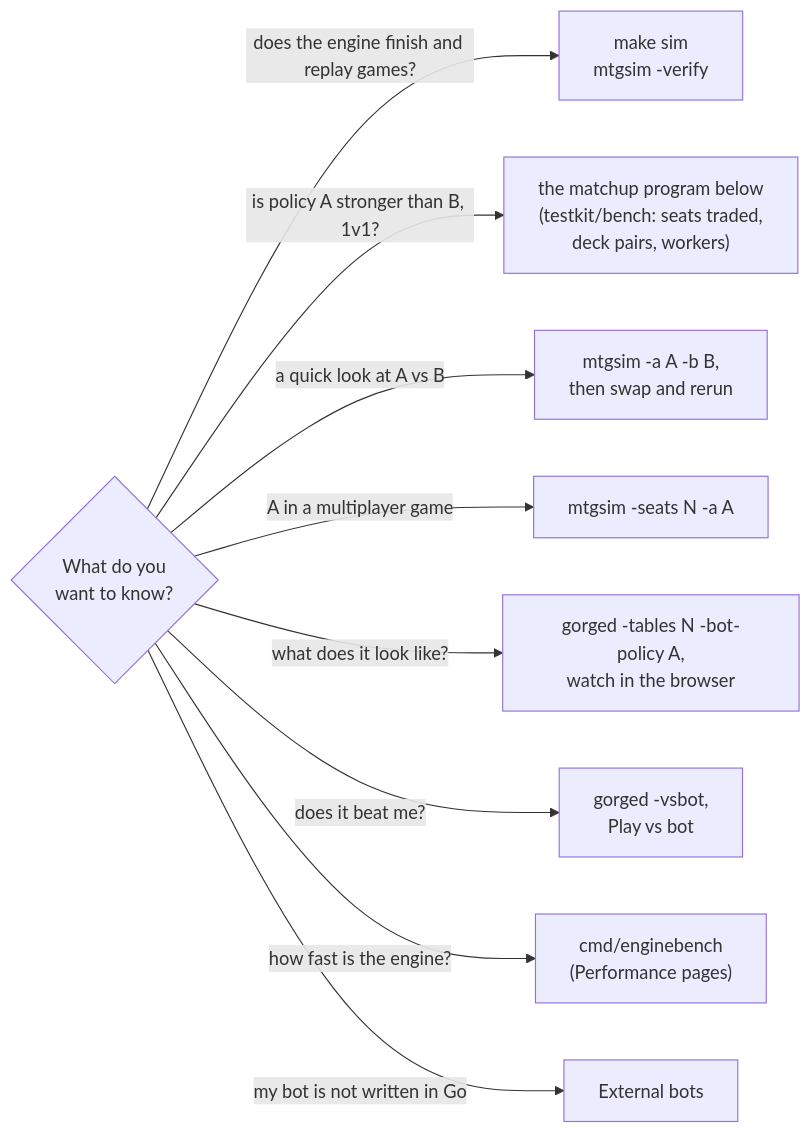
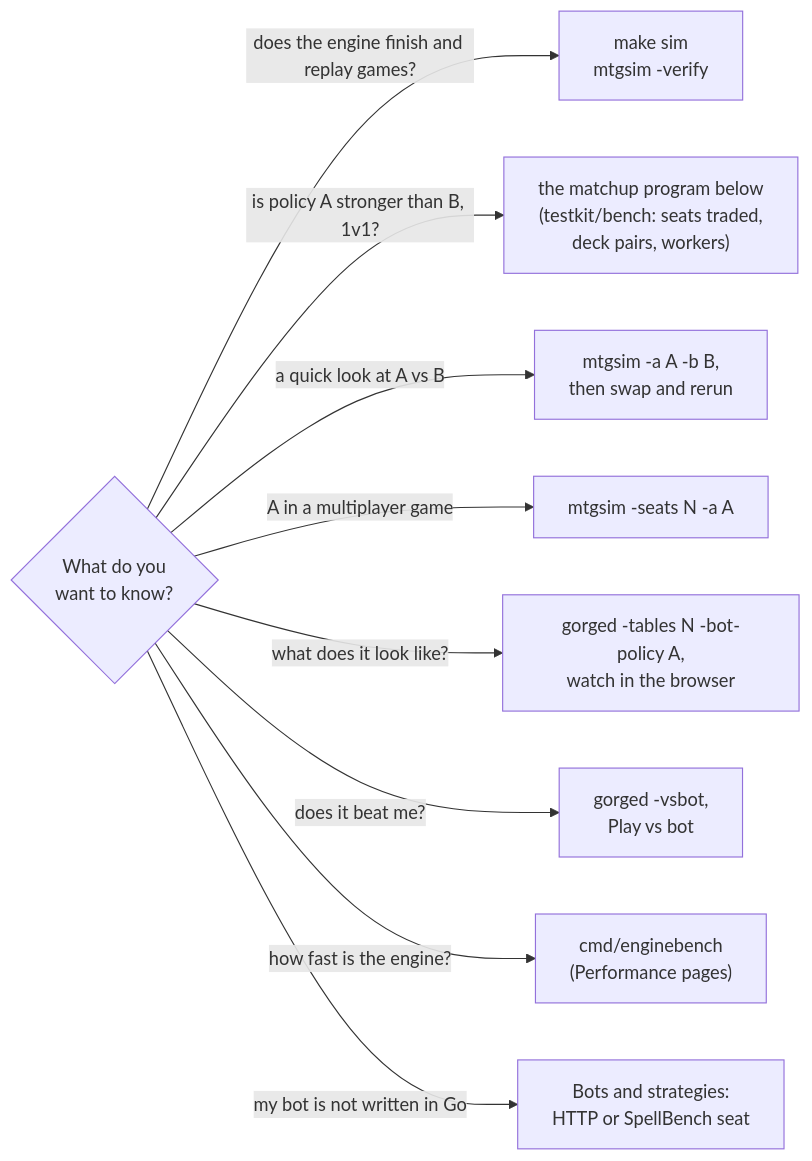
Before and after one commit to adams-shaun/gorge: the diagram in docs/site/guide/bot-games.md, drawn with Mermaid. The commit also changed other lines of this file and 8 other files, not shown here.

First line of the commit message:
docs(bots): document every hosted bot and refresh the bot pages against 513a2a0c3

````diff
--- a/docs/site/guide/bot-games.md
+++ b/docs/site/guide/bot-games.md
@@ -16,12 +17,12 @@
 ```mermaid
 flowchart LR
   start{What do you<br/>want to know?}
   start -->|does the engine finish and replay games?| sim["make sim<br/>mtgsim -verify"]
   start -->|is policy A stronger than B, 1v1?| fair["the matchup program below<br/>(testkit/bench: seats traded,<br/>deck pairs, workers)"]
   start -->|a quick look at A vs B| quick["mtgsim -a A -b B,<br/>then swap and rerun"]
   start -->|A in a multiplayer game| multi["mtgsim -seats N -a A"]
   start -->|what does it look like?| watch["gorged -tables N -bot-policy A,<br/>watch in the browser"]
   start -->|does it beat me?| vs["gorged -vsbot,<br/>Play vs bot"]
   start -->|how fast is the engine?| eb["cmd/enginebench<br/>(Performance pages)"]
-  start -->|my bot is not written in Go| ext["External bots"]
+  start -->|my bot is not written in Go| ext["Bots and strategies:<br/>HTTP or SpellBench seat"]
 ```
````
